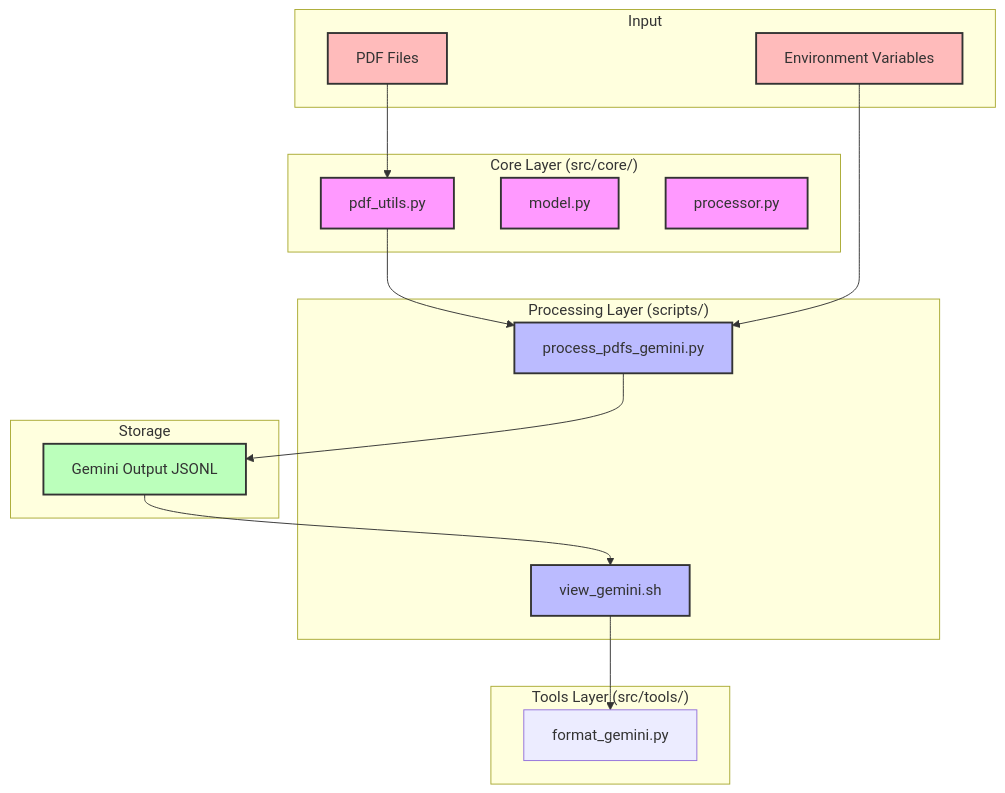
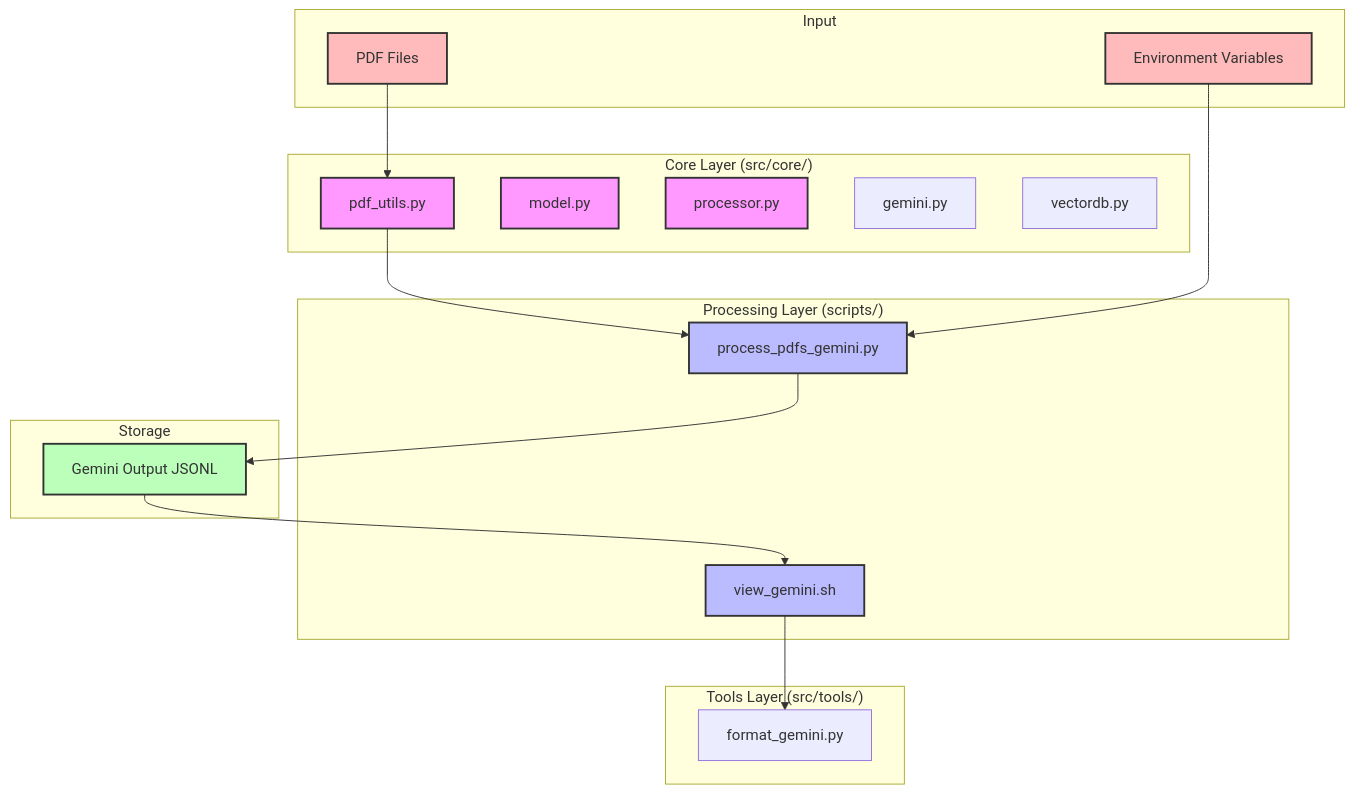
Before and after one commit to jameshgrn/drsedman: the diagram in docs/architecture.md, drawn with Mermaid. The commit also changed other lines of this file and 12 other files, not shown here.

````diff
--- a/docs/architecture.md
+++ b/docs/architecture.md
@@ -3,45 +3,47 @@
 ```mermaid
 graph TB
     subgraph Input
         PDF[PDF Files]
         ENV[Environment Variables]
     end
 
     subgraph Processing ["Processing Layer (scripts/)"]
         PP[process_pdfs_gemini.py]
         VG[view_gemini.sh]
     end
 
     subgraph Core ["Core Layer (src/core/)"]
         PU[pdf_utils.py]
         MOD[model.py]
         PROC[processor.py]
+        gemini[gemini.py]
+        vectordb[vectordb.py]
     end
 
     subgraph Tools ["Tools Layer (src/tools/)"]
         FG[format_gemini.py]
     end
 
     subgraph Storage
         JSONL[Gemini Output JSONL]
     end
 
     %% Data Flow
     PDF --> PU
     PU --> PP
     ENV --> PP
     PP --> JSONL
     JSONL --> VG
     VG --> FG
     
     %% Component Details
     classDef core fill:#f9f,stroke:#333,stroke-width:2px
     classDef script fill:#bbf,stroke:#333,stroke-width:2px
     classDef storage fill:#bfb,stroke:#333,stroke-width:2px
     classDef input fill:#fbb,stroke:#333,stroke-width:2px
     
     class PU,MOD,PROC core
     class PP,VG script
     class JSONL storage
     class PDF,ENV input
 ```
````
